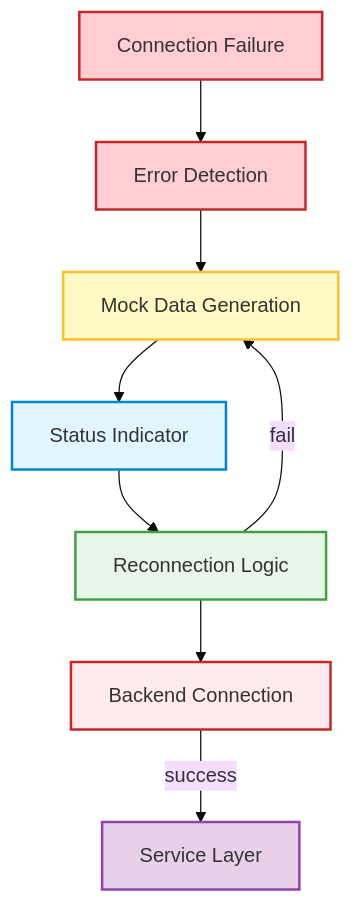
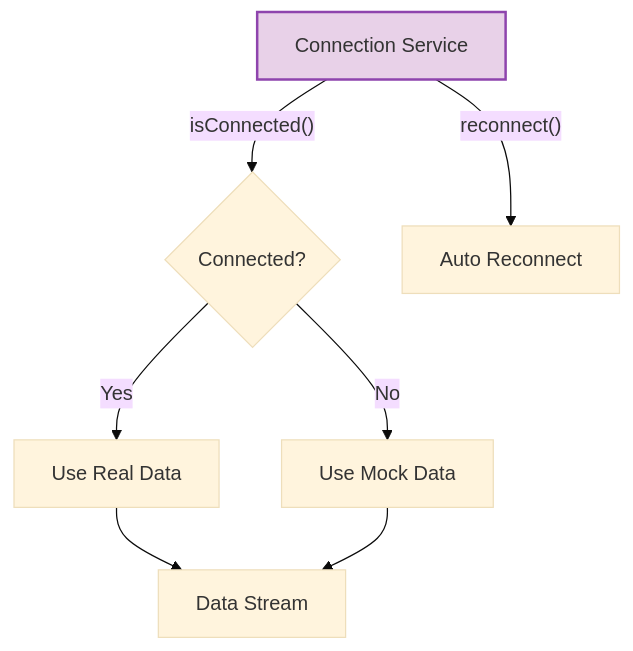
Before and after one commit to JeffreySanford/forge-board: the fourth of 5 diagrams in forgeboard-frontend/src/assets/documentation/CODING-STANDARDS.md, drawn with Mermaid (base theme). The commit also changed other lines of this file and 21 other files, not shown here.

````diff
--- a/forgeboard-frontend/src/assets/documentation/CODING-STANDARDS.md
+++ b/forgeboard-frontend/src/assets/documentation/CODING-STANDARDS.md
@@ -71,15 +61,11 @@
 ```mermaid
 flowchart TD
-  CF[Connection Failure]:::error --> ED[Error Detection]:::error --> MD[Mock Data Generation]:::mock
-  MD --> SI[Status Indicator]:::status
-  SI --> RL[Reconnection Logic]:::reconnect
-  RL --> BC[Backend Connection]:::backend
-  BC -- success --> SVC[Service Layer]:::service
-  RL -- fail --> MD
-  classDef error fill:#FFCDD2,stroke:#C62828,stroke-width:2px;
-  classDef mock fill:#FFF9C4,stroke:#FBC02D,stroke-width:2px;
-  classDef status fill:#E1F5FE,stroke:#0288D1,stroke-width:2px;
-  classDef reconnect fill:#E8F5E9,stroke:#43A047,stroke-width:2px;
-  classDef backend fill:#FFEBEE,stroke:#C62828,stroke-width:2px;
+  Connection[Connection Service]:::service --> |"isConnected()"| Check{Connected?}
+  Check -->|Yes| Real[Use Real Data]
+  Check -->|No| Mock[Use Mock Data]
+  Real --> Stream[Data Stream]
+  Mock --> Stream
+  Connection --> |"reconnect()"| Reconnect[Auto Reconnect]
+  
   classDef service fill:#E8D1E8,stroke:#8E44AD,stroke-width:2px;
 ```
````
